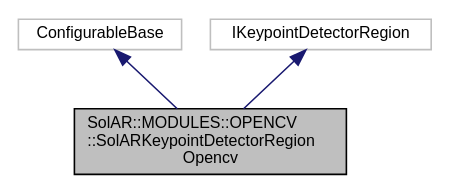
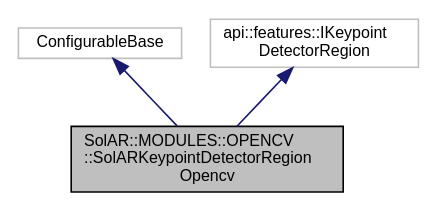
The diagram in api_module_documentation/class_sol_a_r_1_1_m_o_d_u_l_e_s_1_1_o_p_e_n_c_v_1_1_sol_a_r_keypoint_detector_region_opencv__coll__graph.dot (SolarFramework/solarframework.github.io), drawn with Graphviz before and after one commit. The commit also changed 412 other files, not shown here.

```diff
--- a/api_module_documentation/class_sol_a_r_1_1_m_o_d_u_l_e_s_1_1_o_p_e_n_c_v_1_1_sol_a_r_keypoint_detector_region_opencv__coll__graph.dot
+++ b/api_module_documentation/class_sol_a_r_1_1_m_o_d_u_l_e_s_1_1_o_p_e_n_c_v_1_1_sol_a_r_keypoint_detector_region_opencv__coll__graph.dot
@@ -1,10 +1,10 @@
 digraph "SolAR::MODULES::OPENCV::SolARKeypointDetectorRegionOpencv"
 {
   edge [fontname="Helvetica",fontsize="10",labelfontname="Helvetica",labelfontsize="10"];
   node [fontname="Helvetica",fontsize="10",shape=record];
   Node3 [label="SolAR::MODULES::OPENCV\l::SolARKeypointDetectorRegion\lOpencv",height=0.2,width=0.4,color="black", fillcolor="grey75", style="filled", fontcolor="black"];
   Node4 -> Node3 [dir="back",color="midnightblue",fontsize="10",style="solid",fontname="Helvetica"];
   Node4 [label="ConfigurableBase",height=0.2,width=0.4,color="grey75", fillcolor="white", style="filled"];
   Node5 -> Node3 [dir="back",color="midnightblue",fontsize="10",style="solid",fontname="Helvetica"];
-  Node5 [label="IKeypointDetectorRegion",height=0.2,width=0.4,color="grey75", fillcolor="white", style="filled"];
+  Node5 [label="api::features::IKeypoint\lDetectorRegion",height=0.2,width=0.4,color="grey75", fillcolor="white", style="filled"];
 }
```
